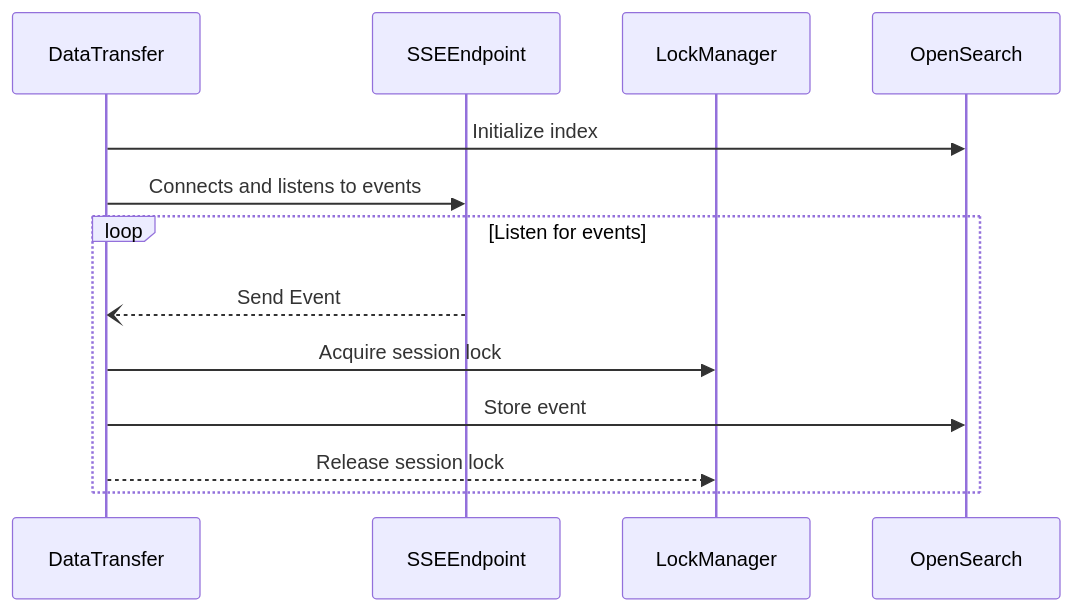
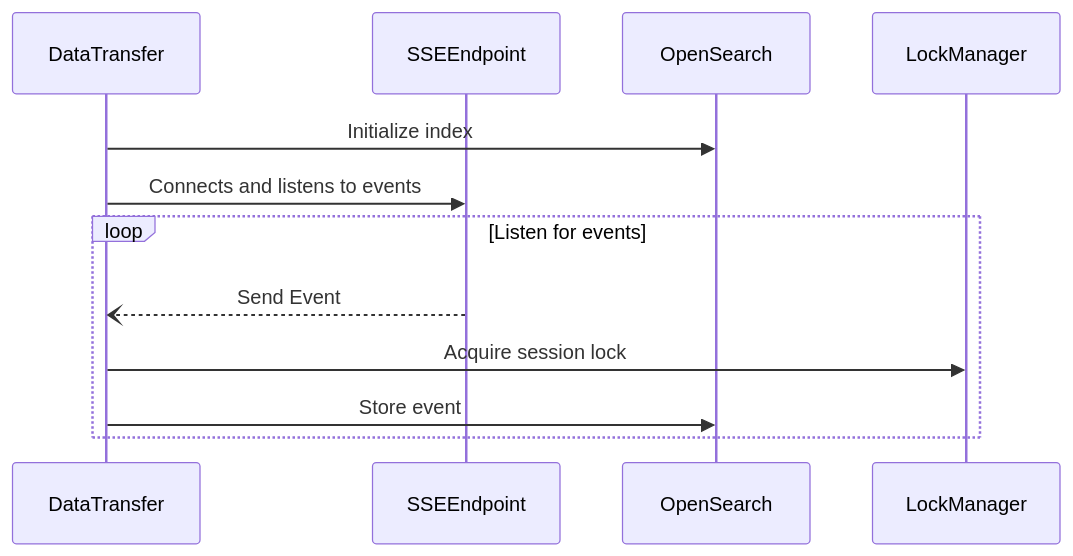
Before and after one commit to SRGSSR/pillarbox-monitoring-transfer: the diagram in README.md, drawn with Mermaid. The commit also changed other lines of this file and 40 other files, not shown here.

````diff
--- a/README.md
+++ b/README.md
@@ -71,15 +68,13 @@
 ```mermaid
 sequenceDiagram
   participant DataTransfer
   participant SSEEndpoint
-  participant LockManager
   participant OpenSearch
   DataTransfer ->> OpenSearch: Initialize index
   DataTransfer ->> SSEEndpoint: Connects and listens to events
   loop Listen for events
     SSEEndpoint --) DataTransfer: Send Event
     DataTransfer ->> LockManager: Acquire session lock
     DataTransfer ->> OpenSearch: Store event
-    DataTransfer -->> LockManager: Release session lock
   end
 ```
````
